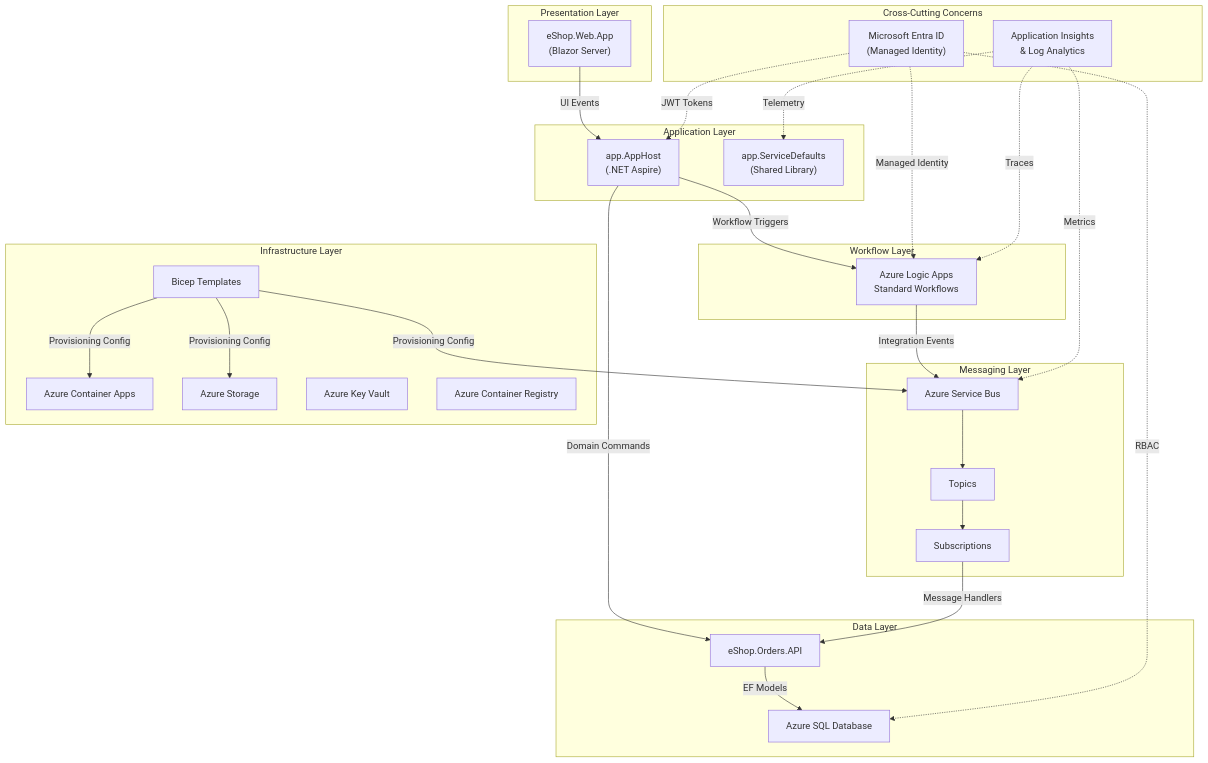
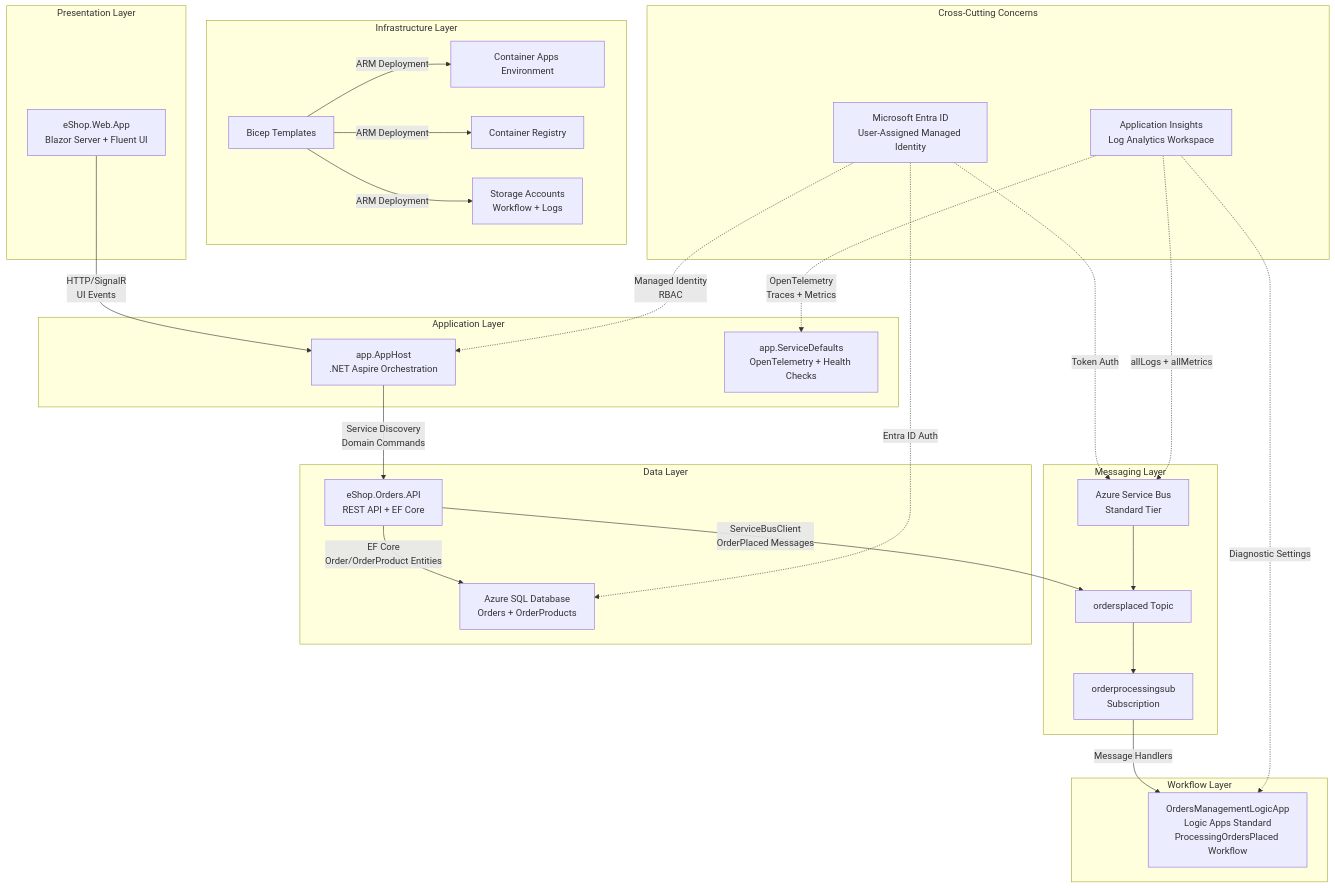
Before and after one commit to Evilazaro/Azure-LogicApps-Monitoring: the first of 15 diagrams in README.MD, drawn with Mermaid. The commit also changed other lines of this file, not shown here.

First line of the commit message:
Enhance README.MD with detailed architecture and component descriptions

````diff
--- a/README.MD
+++ b/README.MD
@@ -63,60 +64,58 @@
 ```mermaid
-graph TD
+flowchart TD
     subgraph Presentation["Presentation Layer"]
-        WebApp["eShop.Web.App<br/>(Blazor Server)"]
+        WebApp["eShop.Web.App<br/>Blazor Server + Fluent UI"]
     end
 
     subgraph Application["Application Layer"]
-        AppHost["app.AppHost<br/>(.NET Aspire)"]
-        ServiceDefaults["app.ServiceDefaults<br/>(Shared Library)"]
+        AppHost["app.AppHost<br/>.NET Aspire Orchestration"]
+        ServiceDefaults["app.ServiceDefaults<br/>OpenTelemetry + Health Checks"]
     end
 
     subgraph Workflow["Workflow Layer"]
-        LogicApps["Azure Logic Apps<br/>Standard Workflows"]
+        LogicApps["OrdersManagementLogicApp<br/>Logic Apps Standard<br/>ProcessingOrdersPlaced Workflow"]
     end
 
     subgraph Messaging["Messaging Layer"]
-        ServiceBus["Azure Service Bus"]
-        Topics["Topics"]
-        Subscriptions["Subscriptions"]
-        ServiceBus --> Topics
-        Topics --> Subscriptions
+        ServiceBus["Azure Service Bus<br/>Standard Tier"]
+        Topic["ordersplaced Topic"]
+        Subscription["orderprocessingsub<br/>Subscription"]
+        ServiceBus --> Topic
+        Topic --> Subscription
     end
 
     subgraph Data["Data Layer"]
-        SQLDatabase["Azure SQL Database"]
-        OrdersAPI["eShop.Orders.API"]
+        OrdersAPI["eShop.Orders.API<br/>REST API + EF Core"]
+        SQLDatabase["Azure SQL Database<br/>Orders + OrderProducts"]
     end
 
     subgraph Infrastructure["Infrastructure Layer"]
         Bicep["Bicep Templates"]
-        ContainerApps["Azure Container Apps"]
-        Storage["Azure Storage"]
-        KeyVault["Azure Key Vault"]
-        ACR["Azure Container Registry"]
+        ContainerApps["Container Apps Environment"]
+        ACR["Container Registry"]
+        Storage["Storage Accounts<br/>Workflow + Logs"]
     end
 
     subgraph CrossCutting["Cross-Cutting Concerns"]
-        Identity["Microsoft Entra ID<br/>(Managed Identity)"]
-        Monitoring["Application Insights<br/>& Log Analytics"]
+        Identity["Microsoft Entra ID<br/>User-Assigned Managed Identity"]
+        Monitoring["Application Insights<br/>Log Analytics Workspace"]
     end
 
-    WebApp -->|"UI Events"| AppHost
-    AppHost -->|"Domain Commands"| OrdersAPI
-    OrdersAPI -->|"EF Models"| SQLDatabase
-    AppHost -->|"Workflow Triggers"| LogicApps
-    LogicApps -->|"Integration Events"| ServiceBus
-    Subscriptions -->|"Message Handlers"| OrdersAPI
+    WebApp -->|"HTTP/SignalR<br/>UI Events"| AppHost
+    AppHost -->|"Service Discovery<br/>Domain Commands"| OrdersAPI
+    OrdersAPI -->|"EF Core<br/>Order/OrderProduct Entities"| SQLDatabase
+    OrdersAPI -->|"ServiceBusClient<br/>OrderPlaced Messages"| Topic
+    Subscription -->|"Message Handlers"| LogicApps
+    
+    Identity -.->|"Managed Identity<br/>RBAC"| AppHost
+    Identity -.->|"Entra ID Auth"| SQLDatabase
+    Identity -.->|"Token Auth"| ServiceBus
+    
+    Monitoring -.->|"OpenTelemetry<br/>Traces + Metrics"| ServiceDefaults
+    Monitoring -.->|"Diagnostic Settings"| LogicApps
+    Monitoring -.->|"allLogs + allMetrics"| ServiceBus
 
-    Identity -.->|"JWT Tokens"| AppHost
-    Identity -.->|"Managed Identity"| LogicApps
-    Identity -.->|"RBAC"| SQLDatabase
-    
-    Monitoring -.->|"Telemetry"| ServiceDefaults
-    Monitoring -.->|"Traces"| LogicApps
-    Monitoring -.->|"Metrics"| ServiceBus
-
-    Bicep -->|"Provisioning Config"| ContainerApps
-    Bicep -->|"Provisioning Config"| Storage
-    Bicep -->|"Provisioning Config"| ServiceBus
+    Bicep -->|"ARM Deployment"| ContainerApps
+    Bicep -->|"ARM Deployment"| ACR
+    Bicep -->|"ARM Deployment"| Storage
 ```
````
